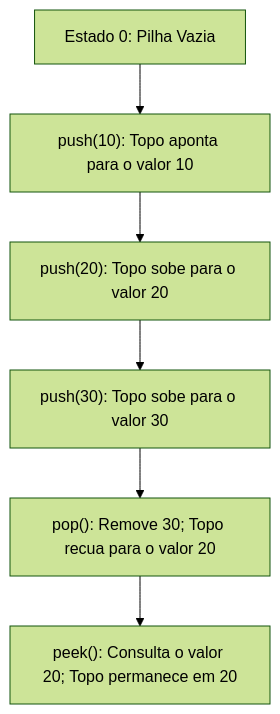
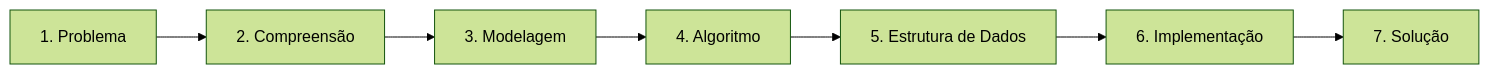
Before and after one commit to murilolol/unifef: the fourth of 35 diagrams in 4º Semestre/[Prof. Wesley Soares] Estrutura de Dados I/Resumos-IA/Simulados-Comentados.md, drawn with Mermaid (forest theme). The commit also changed other lines of this file and 18 other files, not shown here.

````diff
--- a/4º Semestre/[Prof. Wesley Soares] Estrutura de Dados I/Resumos-IA/Simulados-Comentados.md
+++ b/4º Semestre/[Prof. Wesley Soares] Estrutura de Dados I/Resumos-IA/Simulados-Comentados.md
@@ -124,8 +312,9 @@
 ```mermaid
-flowchart TD
-    A["Estado 0: Pilha Vazia"] --> B["push(10): Topo aponta para o valor 10"]
-    B --> C["push(20): Topo sobe para o valor 20"]
-    C --> D["push(30): Topo sobe para o valor 30"]
-    D --> E["pop(): Remove 30; Topo recua para o valor 20"]
-    E --> F["peek(): Consulta o valor 20; Topo permanece em 20"]
+flowchart LR
+  P["1. Problema"] --> C["2. Compreensão"]
+  C --> M["3. Modelagem"]
+  M --> A["4. Algoritmo"]
+  A --> E["5. Estrutura de Dados"]
+  E --> I["6. Implementação"]
+  I --> S["7. Solução"]
 ```
````
